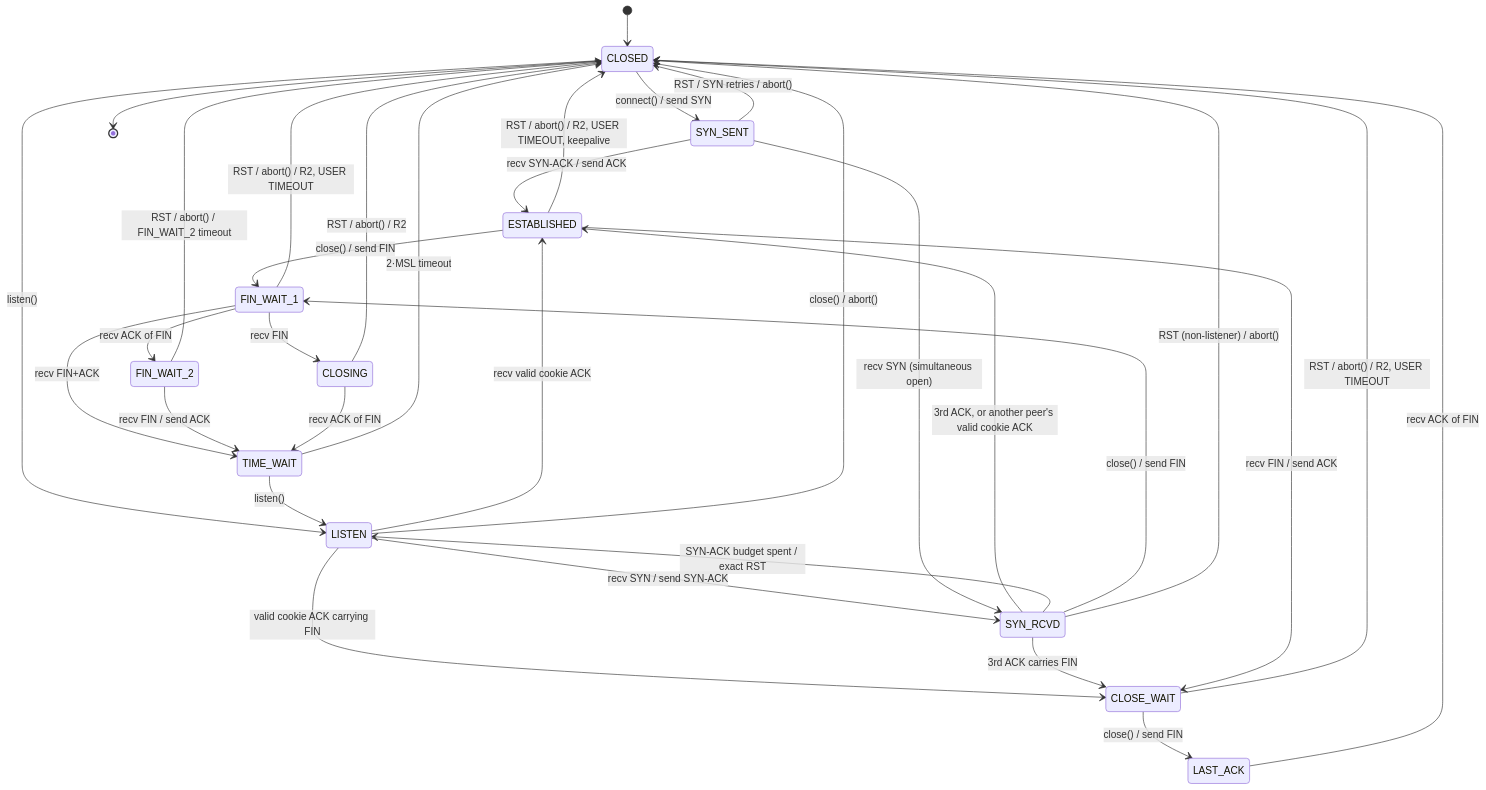
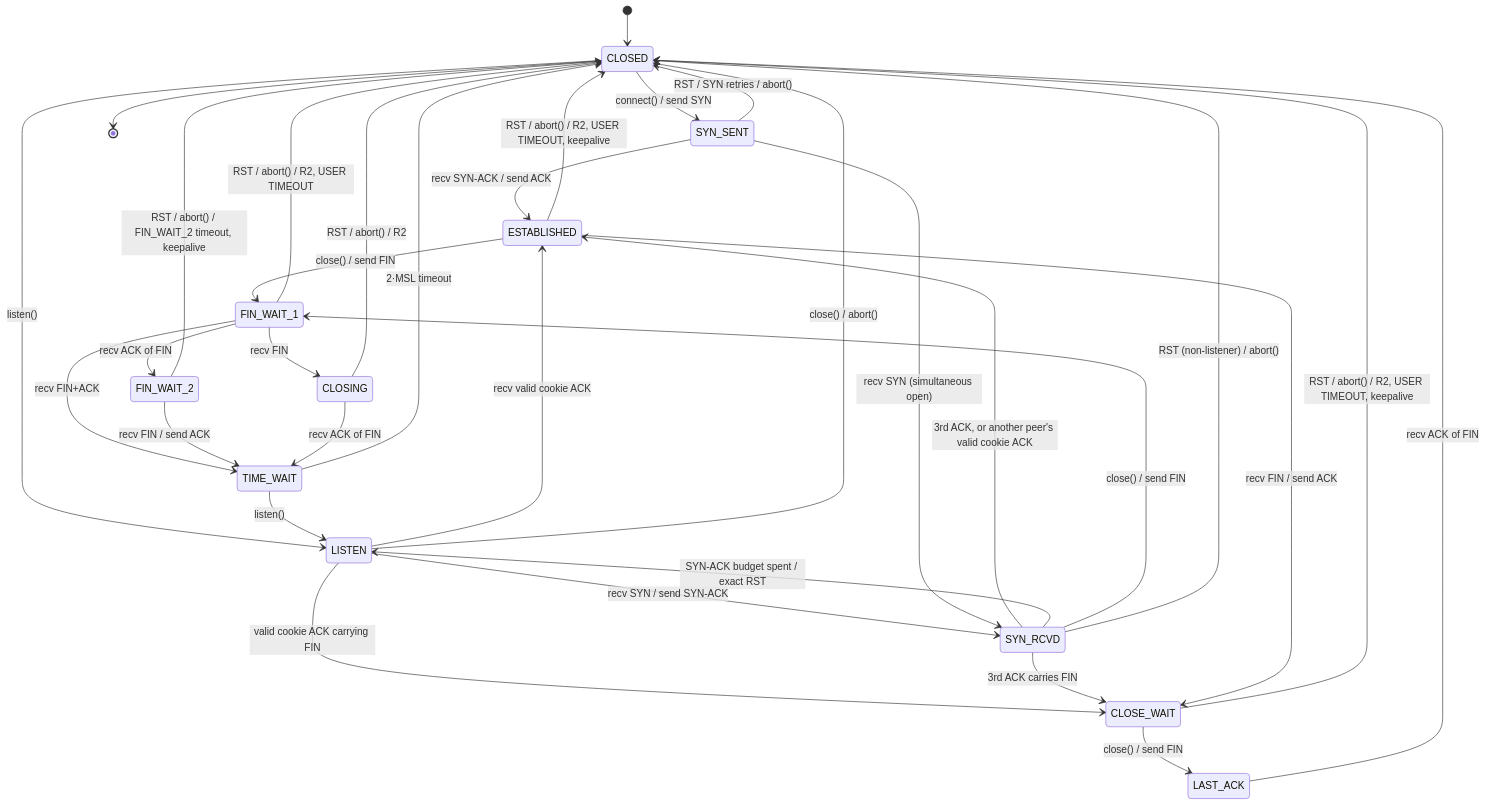
Before and after one commit to mjsabby/tcp-sans-io: the diagram in docs/state-machine.md, drawn with Mermaid. The commit also changed other lines of this file and 14 other files, not shown here.

````diff
--- a/docs/state-machine.md
+++ b/docs/state-machine.md
@@ -17,47 +17,47 @@
 ```mermaid
 stateDiagram-v2
     direction TB
     [*] --> CLOSED
 
     CLOSED --> SYN_SENT: connect() / send SYN
     CLOSED --> LISTEN: listen()
 
     LISTEN --> SYN_RCVD: recv SYN / send SYN-ACK
     LISTEN --> ESTABLISHED: recv valid cookie ACK
     LISTEN --> CLOSE_WAIT: valid cookie ACK carrying FIN
     LISTEN --> CLOSED: close() / abort()
 
     SYN_SENT --> ESTABLISHED: recv SYN-ACK / send ACK
     SYN_SENT --> SYN_RCVD: recv SYN (simultaneous open)
     SYN_SENT --> CLOSED: RST / SYN retries / abort()
 
     SYN_RCVD --> ESTABLISHED: 3rd ACK, or another peer's valid cookie ACK
     SYN_RCVD --> CLOSE_WAIT: 3rd ACK carries FIN
     SYN_RCVD --> LISTEN: SYN-ACK budget spent / exact RST
     SYN_RCVD --> FIN_WAIT_1: close() / send FIN
     SYN_RCVD --> CLOSED: RST (non-listener) / abort()
 
     ESTABLISHED --> FIN_WAIT_1: close() / send FIN
     ESTABLISHED --> CLOSE_WAIT: recv FIN / send ACK
     ESTABLISHED --> CLOSED: RST / abort() / R2, USER TIMEOUT, keepalive
 
     FIN_WAIT_1 --> FIN_WAIT_2: recv ACK of FIN
     FIN_WAIT_1 --> CLOSING: recv FIN
     FIN_WAIT_1 --> TIME_WAIT: recv FIN+ACK
     FIN_WAIT_1 --> CLOSED: RST / abort() / R2, USER TIMEOUT
 
     FIN_WAIT_2 --> TIME_WAIT: recv FIN / send ACK
-    FIN_WAIT_2 --> CLOSED: RST / abort() / FIN_WAIT_2 timeout
+    FIN_WAIT_2 --> CLOSED: RST / abort() / FIN_WAIT_2 timeout, keepalive
 
     CLOSING --> TIME_WAIT: recv ACK of FIN
     CLOSING --> CLOSED: RST / abort() / R2
 
     TIME_WAIT --> CLOSED: 2·MSL timeout
     TIME_WAIT --> LISTEN: listen()
 
     CLOSE_WAIT --> LAST_ACK: close() / send FIN
-    CLOSE_WAIT --> CLOSED: RST / abort() / R2, USER TIMEOUT
+    CLOSE_WAIT --> CLOSED: RST / abort() / R2, USER TIMEOUT, keepalive
 
     LAST_ACK --> CLOSED: recv ACK of FIN
     CLOSED --> [*]
 ```
````
